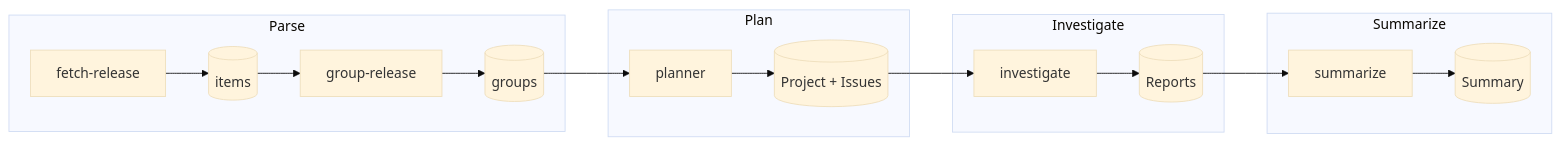
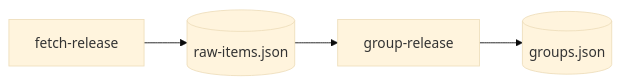
The second of 7 diagrams in README.md (tkykenmt/opensearch-feature-explorer), drawn with Mermaid (base theme) before and after one commit. The commit also changed other lines of this file, not shown here.

Commit message:
docs: split workflow into step-by-step diagrams

````diff
--- a/README.md
+++ b/README.md
@@ -109,20 +111,6 @@
 ```mermaid
 flowchart LR
-    subgraph Parse
-        A[fetch-release] --> B[(items)]
-        B --> C[group-release]
-        C --> D[(groups)]
-    end
-    subgraph Plan
-        D --> E[planner]
-        E --> F[(Project + Issues)]
-    end
-    subgraph Investigate
-        F --> G[investigate]
-        G --> H[(Reports)]
-    end
-    subgraph Summarize
-        H --> I[summarize]
-        I --> J[(Summary)]
-    end
+    A[fetch-release] --> B[(raw-items.json)]
+    B --> C[group-release]
+    C --> D[(groups.json)]
 ```
````
